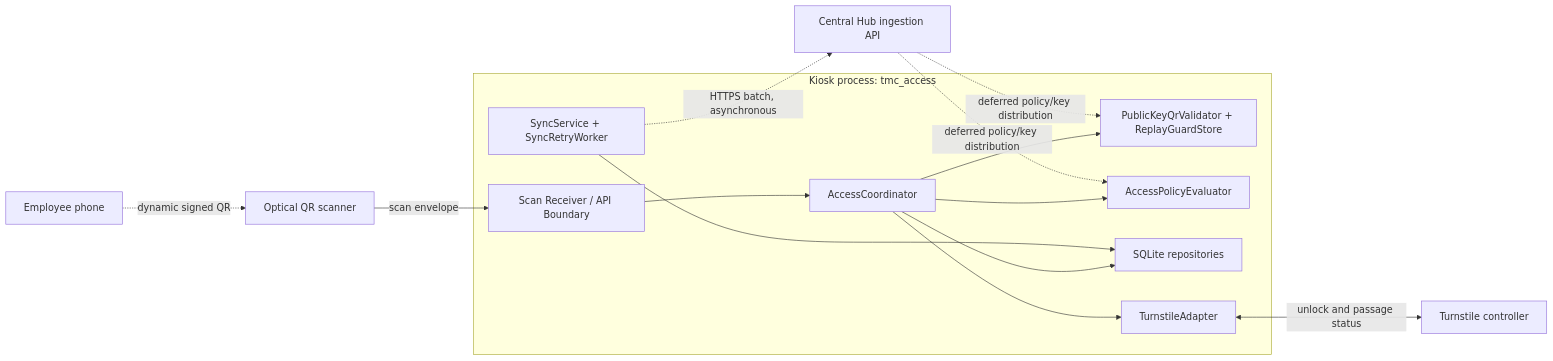
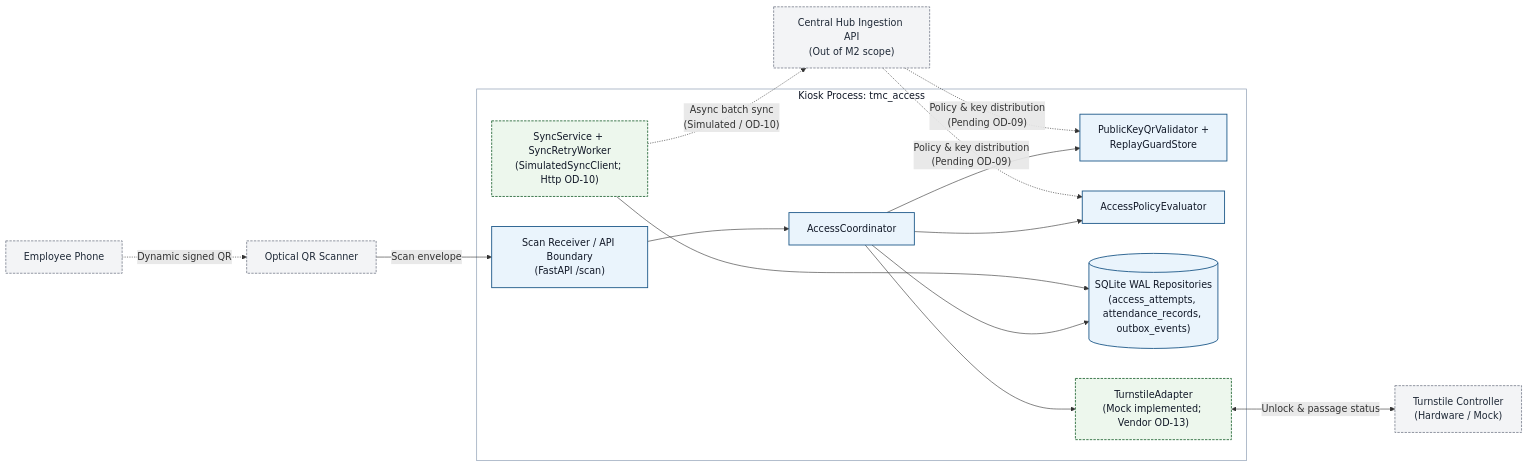
Before and after one commit to theDoub/SA-tmc-attendance-access-control: the first of 2 diagrams in docs/architecture/component-connector-view.md, drawn with Mermaid. The commit also changed other lines of this file and 6 other files, not shown here.

````diff
--- a/docs/architecture/component-connector-view.md
+++ b/docs/architecture/component-connector-view.md
@@ -27,17 +27,24 @@
 ```mermaid
 flowchart LR
-    Phone[Employee phone] -. dynamic signed QR .-> Scanner[Optical QR scanner]
-    Scanner -->|scan envelope| API[Scan Receiver / API Boundary]
-    subgraph Kiosk["Kiosk process: tmc_access"]
-        API --> COORD[AccessCoordinator]
-        COORD --> QR[PublicKeyQrValidator + ReplayGuardStore]
-        COORD --> POLICY[AccessPolicyEvaluator]
-        COORD --> DB[SQLite repositories]
-        COORD --> GATE[TurnstileAdapter]
-        SYNC[SyncService + SyncRetryWorker] --> DB
+    classDef impl fill:#eaf4fc,stroke:#1f5a8a,stroke-width:1.5px,color:#111827
+    classDef sim fill:#edf7ed,stroke:#2e6f40,stroke-width:1.5px,stroke-dasharray:4 2,color:#111827
+    classDef ext fill:#f3f4f6,stroke:#6b7280,stroke-width:1.2px,stroke-dasharray:4 2,color:#1f2937
+    classDef zone fill:#ffffff,stroke:#94a3b8,stroke-width:1.2px,color:#111827
+
+    Phone["Employee Phone"]:::ext -.->|Dynamic signed QR| Scanner["Optical QR Scanner"]:::ext
+    Scanner -->|Scan envelope| API["Scan Receiver / API Boundary<br/>(FastAPI /scan)"]:::impl
+    subgraph Kiosk["Kiosk Process: tmc_access"]
+        API --> COORD["AccessCoordinator"]:::impl
+        COORD --> QR["PublicKeyQrValidator +<br/>ReplayGuardStore"]:::impl
+        COORD --> POLICY["AccessPolicyEvaluator"]:::impl
+        COORD --> DB[("SQLite WAL Repositories<br/>(access_attempts, attendance_records, outbox_events)")]:::impl
+        COORD --> GATE["TurnstileAdapter<br/>(Mock implemented; Vendor OD-13)"]:::sim
+        SYNC["SyncService + SyncRetryWorker<br/>(SimulatedSyncClient; Http OD-10)"]:::sim --> DB
     end
-    GATE <-->|unlock and passage status| CTRL[Turnstile controller]
-    SYNC -. HTTPS batch, asynchronous .-> HUB[Central Hub ingestion API]
-    HUB -. deferred policy/key distribution .-> QR
-    HUB -. deferred policy/key distribution .-> POLICY
+    GATE <-->|Unlock & passage status| CTRL["Turnstile Controller<br/>(Hardware / Mock)"]:::ext
+    SYNC -.->|"Async batch sync<br/>(Simulated / OD-10)"| HUB["Central Hub Ingestion API<br/>(Out of M2 scope)"]:::ext
+    HUB -.->|"Policy & key distribution<br/>(Pending OD-09)"| QR
+    HUB -.->|"Policy & key distribution<br/>(Pending OD-09)"| POLICY
+
+    class Kiosk zone
 ```
````
